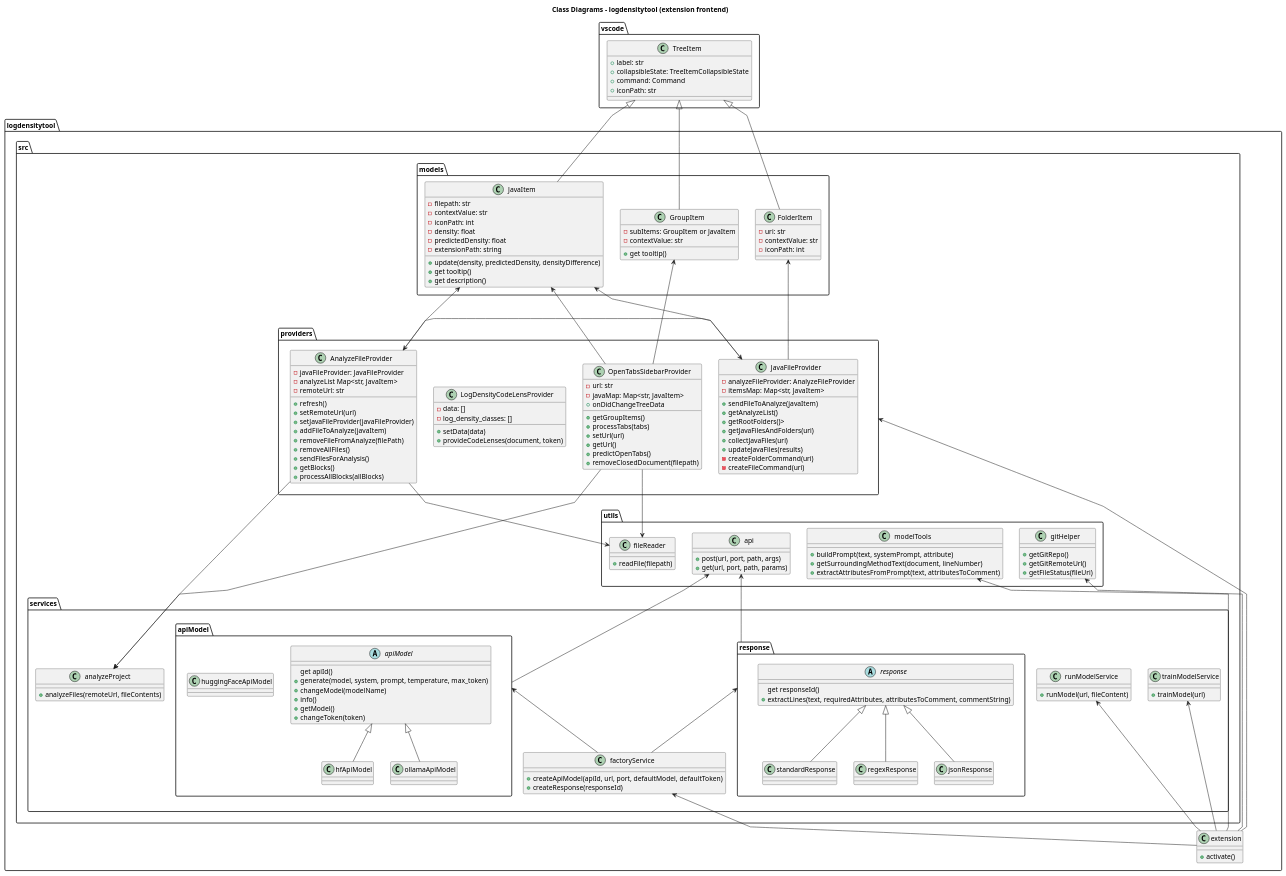
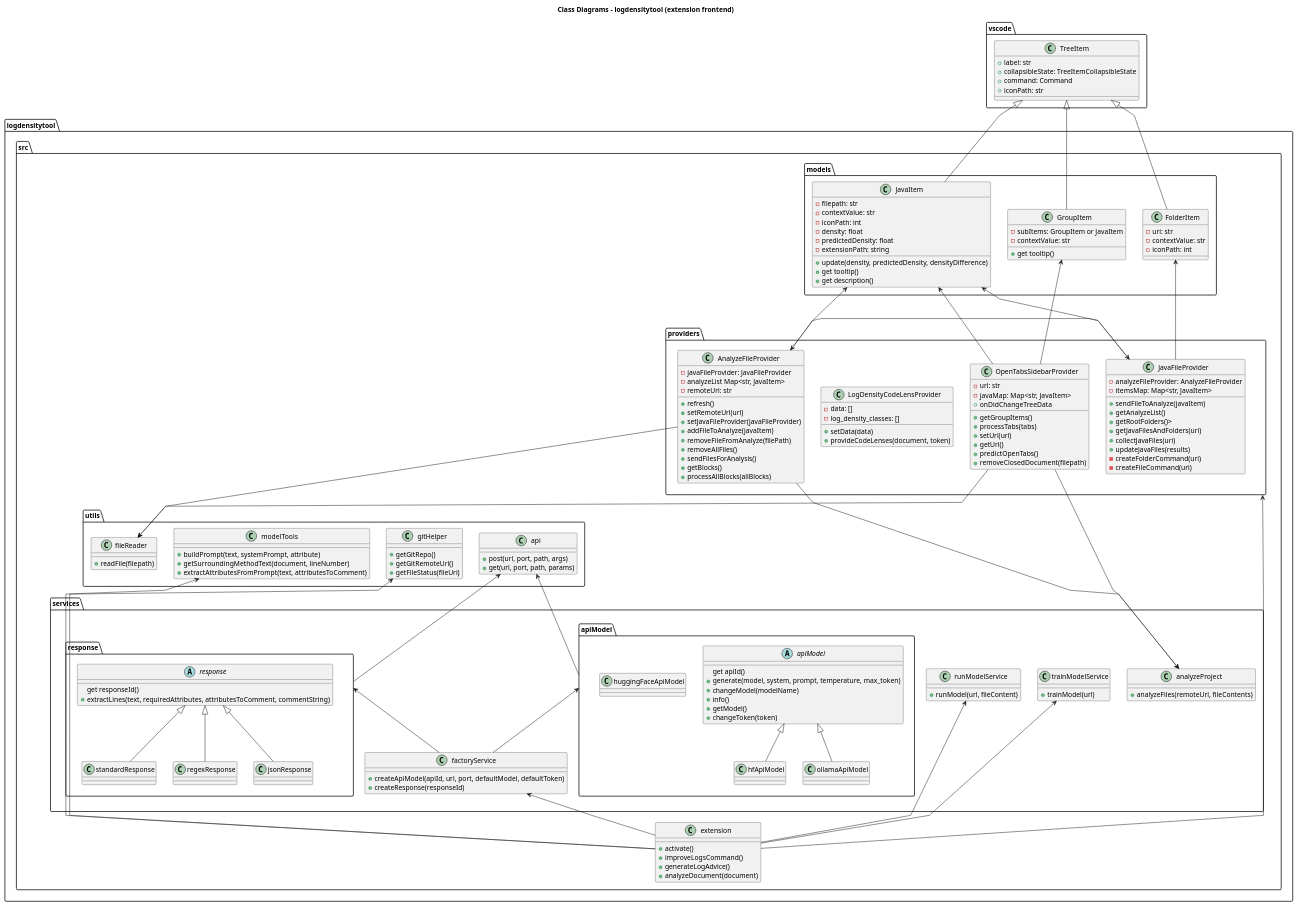
One commit to lucas-cimino/log-density-plugin-h25 changed the diagram in docs/resources/artifacts/class - extension.puml. Above: the diagram before and after it, drawn with PlantUML. The commit also changed 2 other files, not shown here.

Commit message:
Finish the diagrammes

```diff
--- a/docs/resources/artifacts/class - extension.puml
+++ b/docs/resources/artifacts/class - extension.puml
@@ -1,194 +1,197 @@
 @startuml class - extension
 skinparam linetype polyline
 
 title Class Diagrams - logdensitytool (extension frontend)
 
 class vscode.TreeItem {
   +label: str
   +collapsibleState: TreeItemCollapsibleState
   +command: Command
   +iconPath: str
 }
 
 package logdensitytool {
     package src {
         package models {
             class FolderItem {
                 -uri: str
                 -contextValue: str
                 -iconPath: int
             }
 
             class GroupItem {
                 -subItems: GroupItem or JavaItem
                 -contextValue: str
                 +get tooltip()
             }
 
             class JavaItem {
                 -filepath: str
                 -contextValue: str
                 -iconPath: int
                 -density: float
                 -predictedDensity: float
                 -extensionPath: string
                 +update(density, predictedDensity, densityDifference)
                 +get tooltip()
                 +get description()
             }
 
             vscode.TreeItem <|-- FolderItem
             vscode.TreeItem <|-- GroupItem
             vscode.TreeItem <|-- JavaItem
         }
 
         package services {
             class analyzeProject {
                 +analyzeFiles(remoteUrl, fileContents)
             }
 
             class runModelService {
                 +runModel(url, fileContent)
             }
 
             class trainModelService {
                 +trainModel(url)
             }
             package apiModel {
                 abstract class apiModel{
                     get apiId()
                     +generate(model, system, prompt, temperature, max_token)
                     +changeModel(modelName)
                     +info()
                     +getModel()
                     +changeToken(token)
 
                 }
                 class huggingFaceApiModel
                 class ollamaApiModel
 
                 apiModel <|-- hfApiModel
                 apiModel <|-- ollamaApiModel
             }
             package response {
                 abstract class response{
                     get responseId()
                     +extractLines(text, requiredAttributes, attributesToComment, commentString)
                 }
                 class standardResponse 
                 class regexResponse
                 class jsonResponse
 
                 response <|-- standardResponse 
                 response <|-- regexResponse
                 response <|-- jsonResponse
             }
             class factoryService {
                 +createApiModel(apiId, url, port, defaultModel, defaultToken)
                 +createResponse(responseId)
             }
 
             response <-- factoryService
             apiModel <-- factoryService
         }
 
         package utils {
             class fileReader {
                 +readFile(filepath)
             }
 
             class gitHelper {
                 +getGitRepo()
                 +getGitRemoteUrl()
                 +getFileStatus(fileUri)
             }
             class api {
                 +post(url, port, path, args)
                 +get(url, port, path, params)
             }
             class modelTools {
                 +buildPrompt(text, systemPrompt, attribute)
                 +getSurroundingMethodText(document, lineNumber)
                 +extractAttributesFromPrompt(text, attributesToComment) 
             }
         }
         
         package providers {
             class LogDensityCodeLensProvider {
                 -data: []
                 -log_density_classes: []
                 +setData(data)
                 +provideCodeLenses(document, token)
             }
 
             class AnalyzeFileProvider {
                 -javaFileProvider: JavaFileProvider
                 -analyzeList Map<str, JavaItem>
                 -remoteUrl: str
                 +refresh()
                 +setRemoteUrl(url)
                 +setJavaFileProvider(javaFileProvider)
                 +addFileToAnalyze(javaItem)
                 +removeFileFromAnalyze(filePath)
                 +removeAllFiles()
                 +sendFilesForAnalysis()
                 +getBlocks()
                 +processAllBlocks(allBlocks)
             }
             AnalyzeFileProvider <-> JavaFileProvider
 
             class JavaFileProvider {
                 -analyzeFileProvider: AnalyzeFileProvider
                 -itemsMap: Map<str, JavaItem>
                 +sendFileToAnalyze(javaItem)
                 +getAnalyzeList()
                 +getRootFolders()>
                 +getJavaFilesAndFolders(uri)
                 +collectJavaFiles(uri)
                 +updateJavaFiles(results)
                 -createFolderCommand(uri)
                 -createFileCommand(uri)
             }
 
             class OpenTabsSidebarProvider {
                 -url: str
                 -javaMap: Map<str, JavaItem>
                 +onDidChangeTreeData
                 +getGroupItems()
                 +processTabs(tabs)
                 +setUrl(url)
                 +getUrl()
                 +predictOpenTabs()
                 +removeClosedDocument(filepath)
             }
         }
-    }
-
     class extension {
         +activate()
+        +improveLogsCommand()
+        +generateLogAdvice()
+        +analyzeDocument(document)
     }
+}
+
 
     extension -u-> trainModelService
     extension -u-> runModelService
     extension -u-> gitHelper
     extension -u-> providers
     extension -u-> factoryService
     extension -u-> modelTools
 
     src.services.apiModel -u-> api
     src.services.response -u-> api      
 
     AnalyzeFileProvider --> analyzeProject
     AnalyzeFileProvider --> fileReader
     AnalyzeFileProvider -u--> JavaItem
 
     JavaFileProvider -u--> FolderItem
     JavaFileProvider -u--> JavaItem
 
     OpenTabsSidebarProvider -u--> GroupItem
     OpenTabsSidebarProvider -u--> JavaItem
     OpenTabsSidebarProvider --> analyzeProject
     OpenTabsSidebarProvider --> fileReader
 }
 
 @enduml
```
